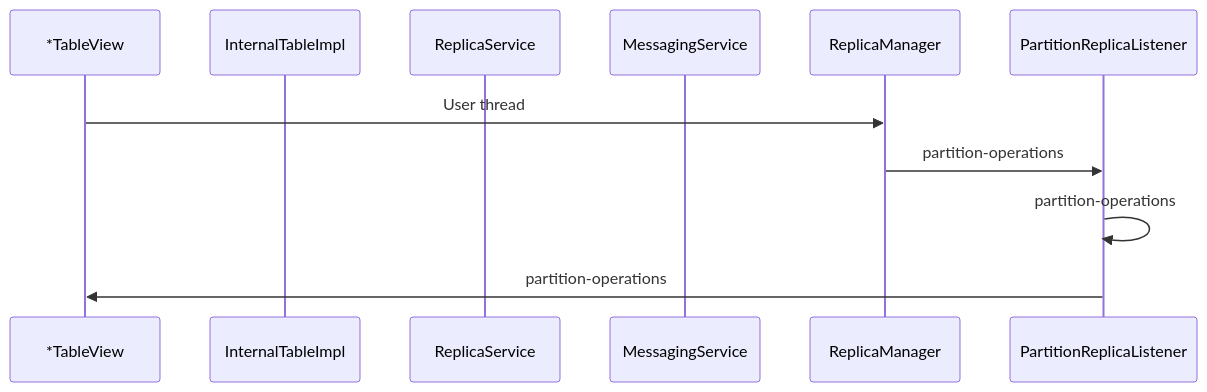
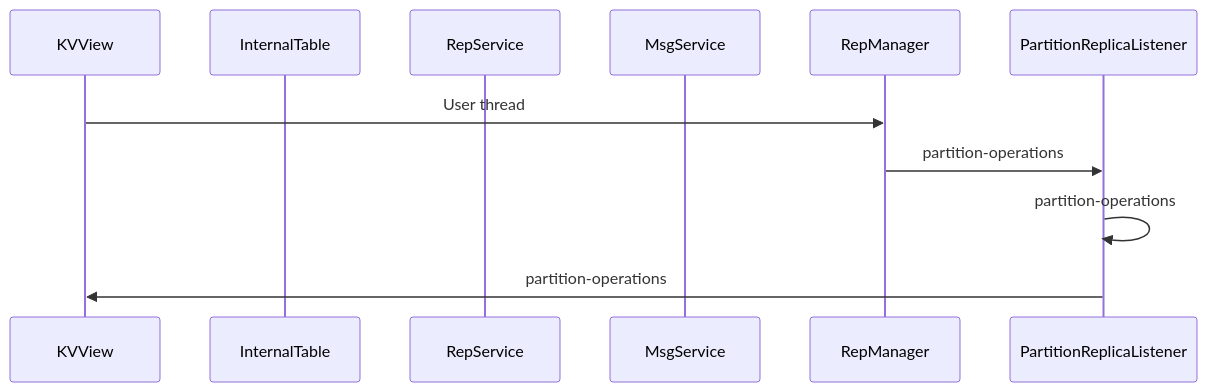
The first of 2 diagrams in ignite3-threads.md (rpuch/mermaid-playground), drawn with Mermaid before and after one commit. The commit also changed other lines of this file, not shown here.

````diff
--- a/ignite3-threads.md
+++ b/ignite3-threads.md
@@ -7,14 +7,14 @@
 ```mermaid
 sequenceDiagram
-participant View as *TableView
-participant InternalTableImpl
-participant ReplicaService
-participant MessagingService
-participant ReplicaManager
+participant View as KVView
+participant InternalTable
+participant RepService
+participant MsgService
+participant RepManager
 participant PRL as PartitionReplicaListener
 
-View ->> ReplicaManager: User thread
-ReplicaManager ->> PRL: partition-operations
+View ->> RepManager: User thread
+RepManager ->> PRL: partition-operations
 PRL ->> PRL: partition-operations
 PRL ->> View: partition-operations
 ```
````
